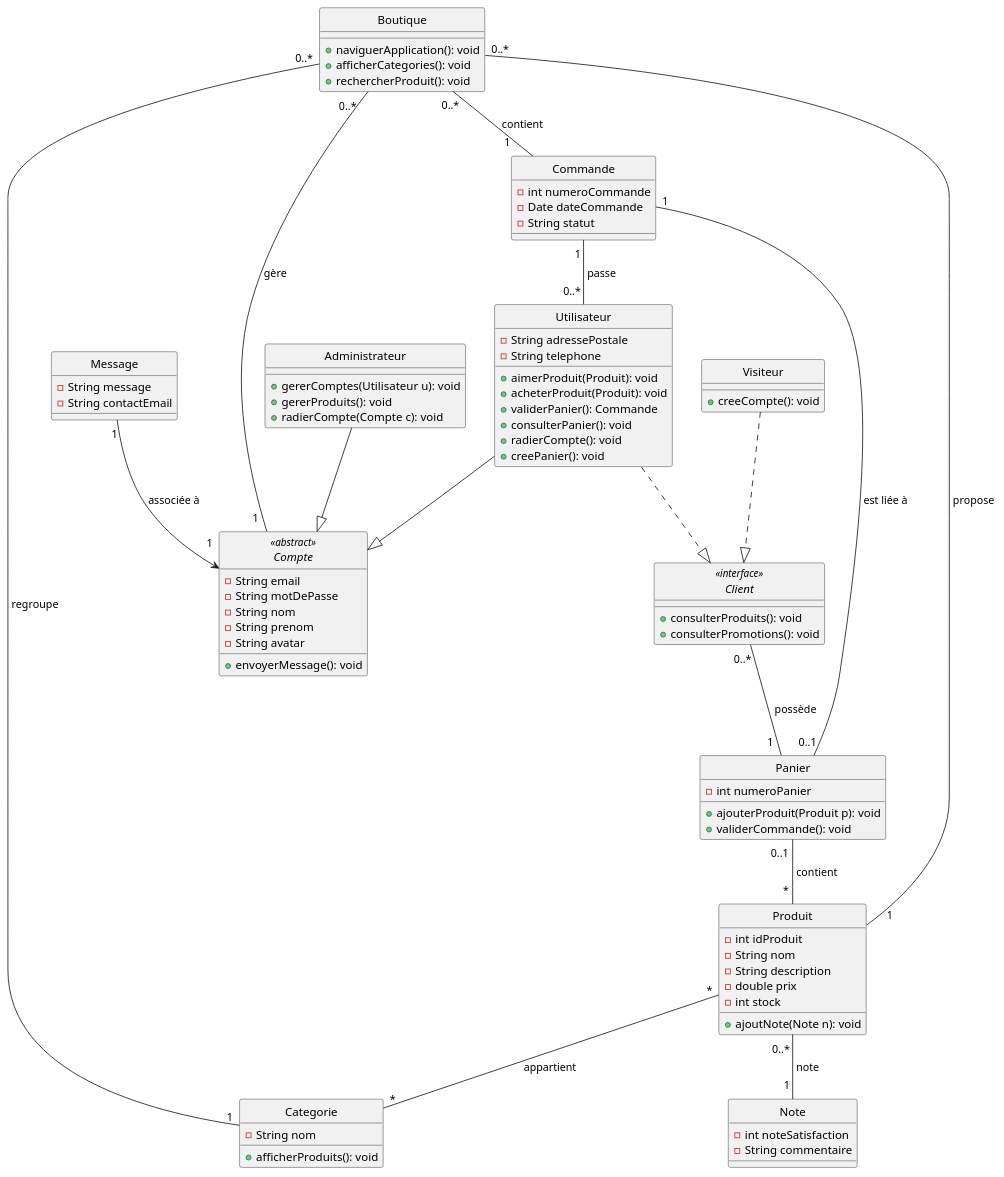
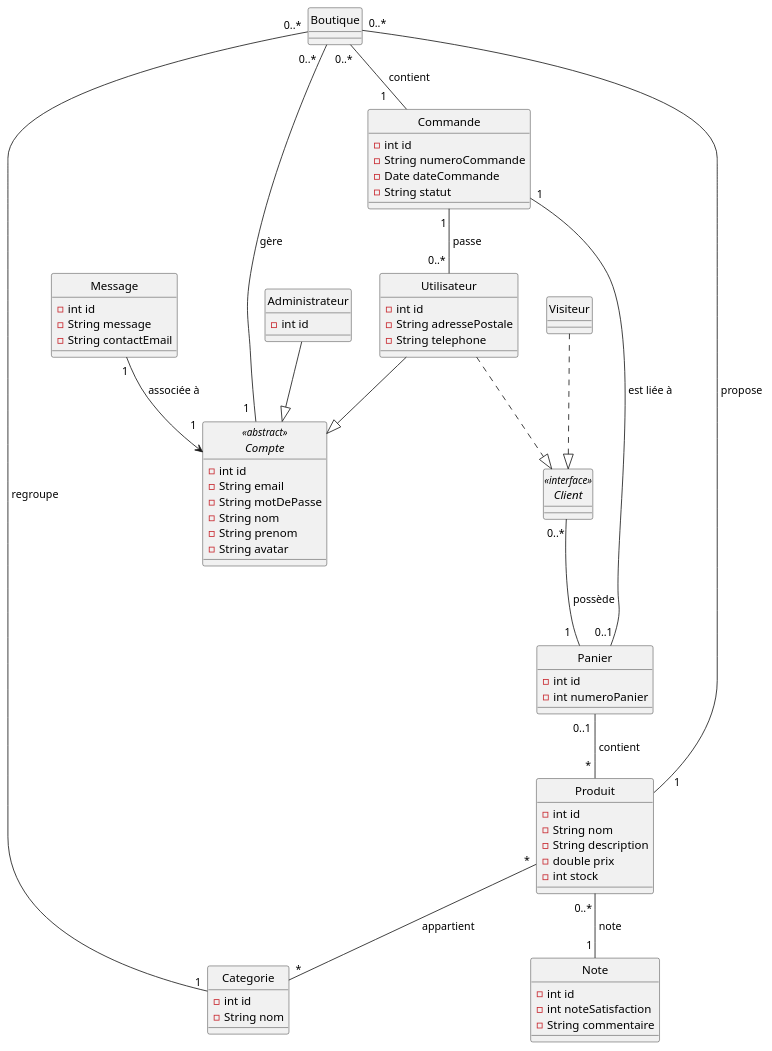
Before and after one commit to MehediT/BoutiqueLigneAudiovisuels: the diagram in Class/ClassDiagram.puml, drawn with PlantUML. The commit also changed 2 other files, not shown here.

Commit message:
remove methode for class diagram add id for class

```diff
--- a/Class/ClassDiagram.puml
+++ b/Class/ClassDiagram.puml
@@ -1,129 +1,117 @@
 @startuml
 hide circle
 
 class Boutique {
-    + naviguerApplication(): void
-    + afficherCategories(): void
-    + rechercherProduit(): void
 }
 
 abstract class Compte <<abstract>> {
+    - int id
     - String email
     - String motDePasse
     - String nom
     - String prenom
     - String avatar
-    + envoyerMessage(): void
 }
 
 interface Client <<interface>>{
-    + consulterProduits(): void
-    + consulterPromotions(): void
 }
 
 class Utilisateur {
+    - int id
     - String adressePostale
     - String telephone
-    + aimerProduit(Produit): void
-    + acheterProduit(Produit): void
-    + validerPanier(): Commande
-    + consulterPanier(): void
-    + radierCompte(): void
-    + creePanier(): void
 }
 
 class Visiteur {
-    + creeCompte(): void
 }
 
 class Administrateur {
-    + gererComptes(Utilisateur u): void
-    + gererProduits(): void
-    + radierCompte(Compte c): void
+    - int id
 }
 
 class Produit {
-    - int idProduit
+    - int id
     - String nom
     - String description
     - double prix
     - int stock
-    + ajoutNote(Note n): void
 }
 
 class Commande {
-    - int numeroCommande
+    - int id
+    - String numeroCommande
     - Date dateCommande
     - String statut
 }
 
 class Panier {
+    - int id
     - int numeroPanier
-    + ajouterProduit(Produit p): void
-    + validerCommande(): void
 }
 
 class Categorie {
+    - int id
     - String nom
-    + afficherProduits(): void
 }
 
 '------------------------------------------------
 'Relations
 
 class Note {
+    - int id
     - int noteSatisfaction
     - String commentaire
 }
 
 class Message {
+    - int id
     - String message
     - String contactEmail
 }
 
 '------------------------------------------------
 ' Noms d'associations
 'Y a des espaces pour aligner les noms
 
 ' Boutique gère plusieurs comptes
 Boutique "0..*  " -- "1  " Compte : "gère"
 
 ' Boutique contient plusieurs commandes
 Boutique "0..*" -- "1     " Commande : " contient"
 
 ' Boutique regroupe plusieurs catégories
 Boutique "0..*" -- "1" Categorie : " regroupe"
 
 ' Boutique propose plusieurs produits
 Boutique "0..*" -- "     1" Produit : " propose"
 
 ' Héritage / spécialisation
 Administrateur --|> Compte
 Utilisateur --|> Compte
 
 ' Implémentation de l'interface Client
 Visiteur ..|> Client
 Utilisateur ..|> Client
 
 ' Un produit peut appartenir à plusieurs catégories, et vice versa
 Produit "*" -- "*" Categorie : "appartient"
 
 ' Un panier (0..1) peut contenir plusieurs produits
 Panier "0..1 " -- "\t* " Produit : " contient"
 
 ' Une commande (1) est liée à un panier (0..1)
 Commande "1" -- "0..1" Panier : " est liée à"
 
 ' Une commande est passée par plusieurs utilisateurs éventuels (ou un)
 Commande "1 " -- "0..* " Utilisateur : " passe"
 
 ' Un client possède un ou plusieurs paniers
 Client "0..*" -- "1  " Panier : "possède\n"
 
 ' Plusieurs notes pour un même produit
 Produit "0..* " -- "1 " Note : " note"
 
 ' Un compte est lié à une messagerie
 Message "1" --> "1\n" Compte : "associée à"
 
 @enduml
```
